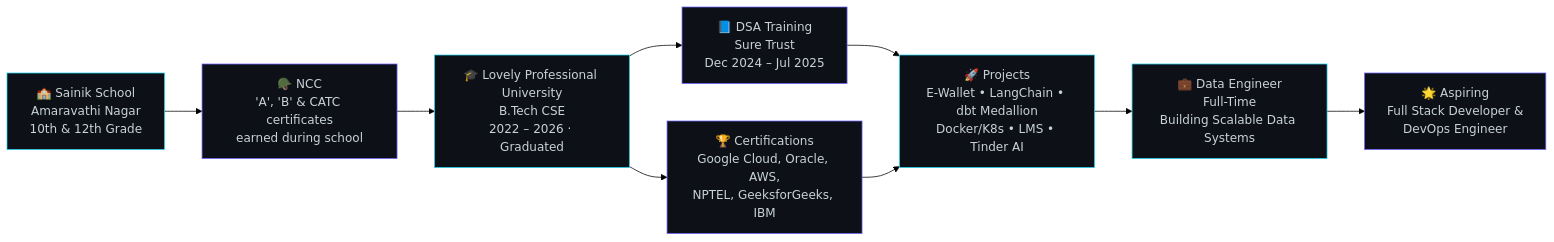
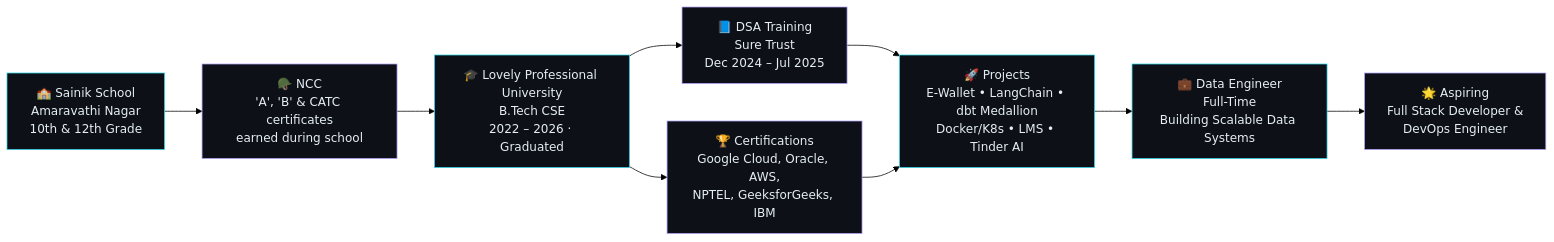
The diagram in README.md (TharaniDharan10/TharaniDharan10), drawn with Mermaid (forest theme) before and after one commit. The commit also changed other lines of this file and 1 other file, not shown here.

````diff
--- a/README.md
+++ b/README.md
@@ -68,41 +70,41 @@
 ```mermaid
 flowchart LR
     A["🏫 Sainik School
 Amaravathi Nagar
 10th & 12th Grade"] --> N["🪖 NCC
 'A', 'B' & CATC certificates
 earned during school"]
 
     N --> B["🎓 Lovely Professional University
 B.Tech CSE
 2022 – 2026 · Graduated"]
 
     B --> D["📘 DSA Training
 Sure Trust
 Dec 2024 – Jul 2025"]
     B --> E["🏆 Certifications
 Google Cloud, Oracle, AWS,
 NPTEL, GeeksforGeeks, IBM"]
 
     D --> F["🚀 Projects
 E-Wallet • LangChain • dbt Medallion
 Docker/K8s • LMS • Tinder AI"]
     E --> F
 
     F --> G["💼 Data Engineer
 Full-Time
 Building Scalable Data Systems"]
 
     G --> H["🌟 Aspiring
 Full Stack Developer &
 DevOps Engineer"]
 
-    style A fill:#0D1117,stroke:#22D3EE,color:#C9D1D9
-    style N fill:#0D1117,stroke:#6C63FF,color:#C9D1D9
-    style B fill:#0D1117,stroke:#22D3EE,color:#C9D1D9
-    style D fill:#0D1117,stroke:#6C63FF,color:#C9D1D9
-    style E fill:#0D1117,stroke:#6C63FF,color:#C9D1D9
-    style F fill:#0D1117,stroke:#22D3EE,color:#C9D1D9
-    style G fill:#0D1117,stroke:#22D3EE,color:#C9D1D9
-    style H fill:#0D1117,stroke:#6C63FF,color:#C9D1D9
+    style A fill:#0D1117,stroke:#2DD4E8,color:#E5EDF5
+    style N fill:#0D1117,stroke:#B3A1FB,color:#E5EDF5
+    style B fill:#0D1117,stroke:#2DD4E8,color:#E5EDF5
+    style D fill:#0D1117,stroke:#B3A1FB,color:#E5EDF5
+    style E fill:#0D1117,stroke:#B3A1FB,color:#E5EDF5
+    style F fill:#0D1117,stroke:#2DD4E8,color:#E5EDF5
+    style G fill:#0D1117,stroke:#2DD4E8,color:#E5EDF5
+    style H fill:#0D1117,stroke:#B3A1FB,color:#E5EDF5
 ```
````
